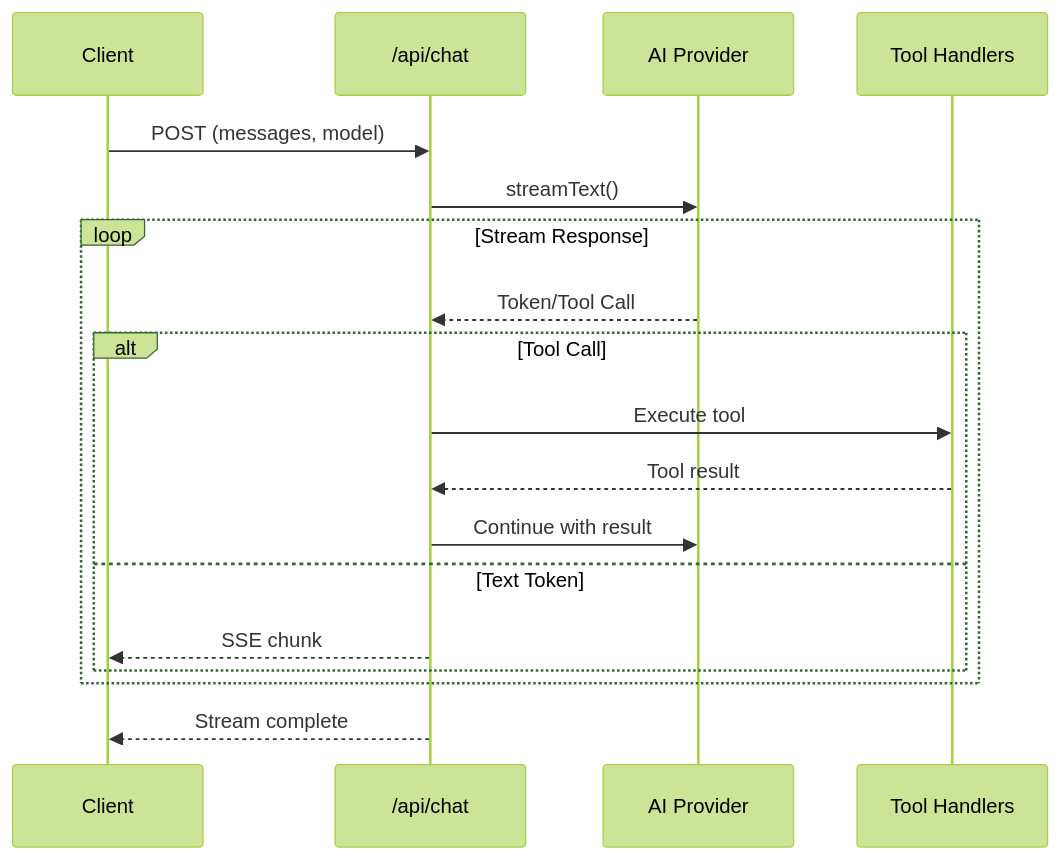
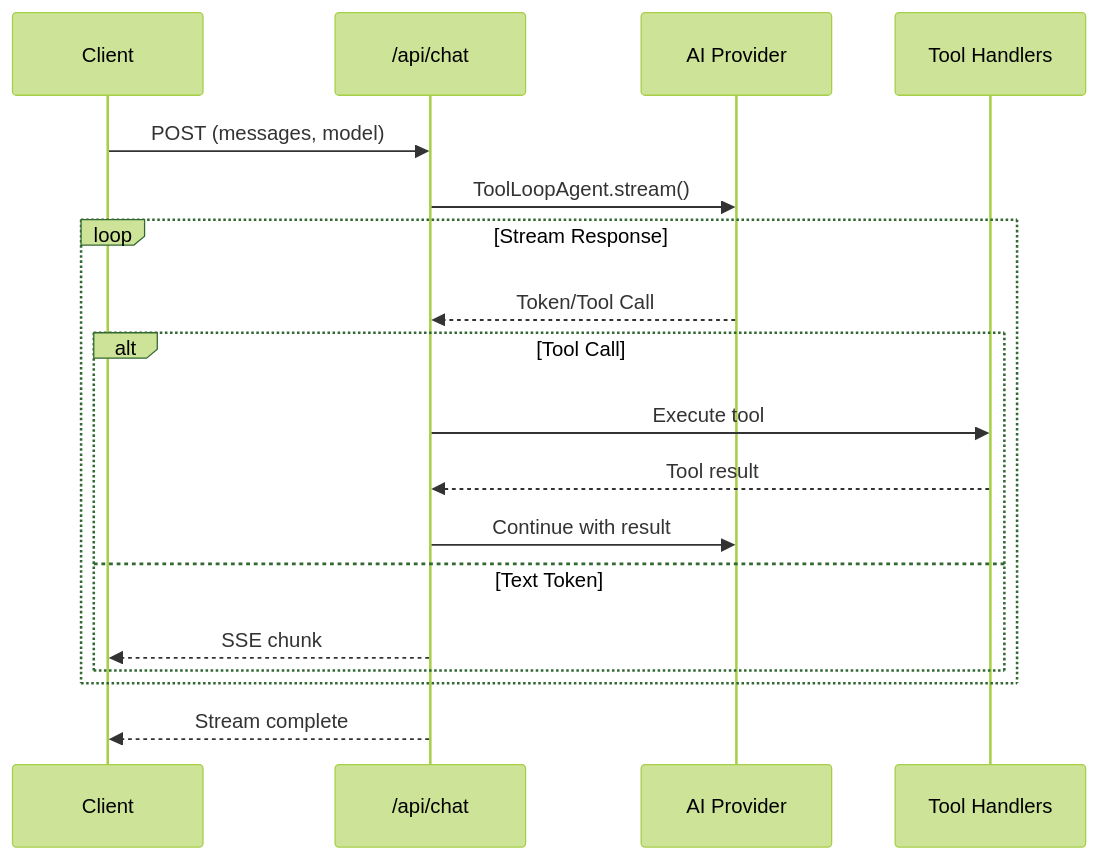
One commit to ryokun6/ryos changed the second of 3 diagrams in docs/1.2-api-architecture.md. Above: the diagram before and after it, drawn with Mermaid (forest theme). The commit also changed other lines of this file and 31 other files, not shown here.

````diff
--- a/docs/1.2-api-architecture.md
+++ b/docs/1.2-api-architecture.md
@@ -310,24 +355,24 @@
 ```mermaid
 sequenceDiagram
     participant Client
     participant API as /api/chat
     participant AI as AI Provider
     participant Tools as Tool Handlers
     
     Client->>API: POST (messages, model)
-    API->>AI: streamText()
+    API->>AI: ToolLoopAgent.stream()
     
     loop Stream Response
         AI-->>API: Token/Tool Call
         
         alt Tool Call
             API->>Tools: Execute tool
             Tools-->>API: Tool result
             API->>AI: Continue with result
         else Text Token
             API-->>Client: SSE chunk
         end
     end
     
     API-->>Client: Stream complete
 ```
````
